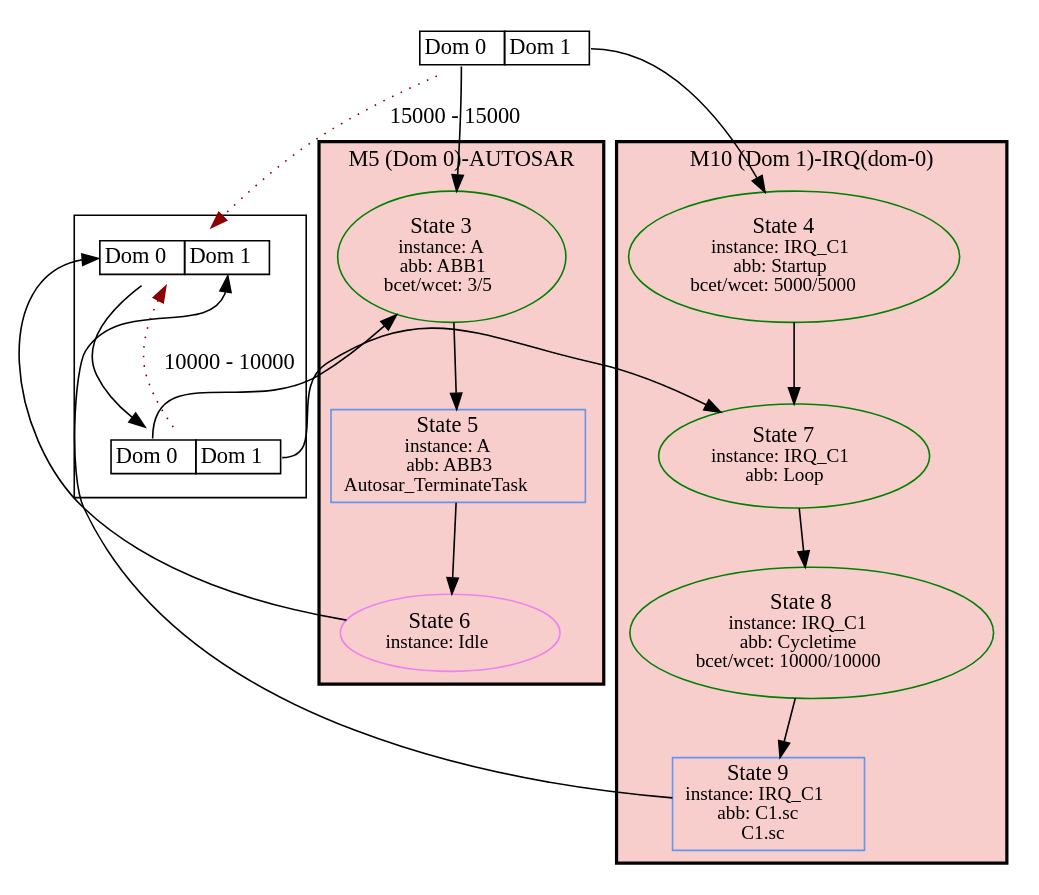
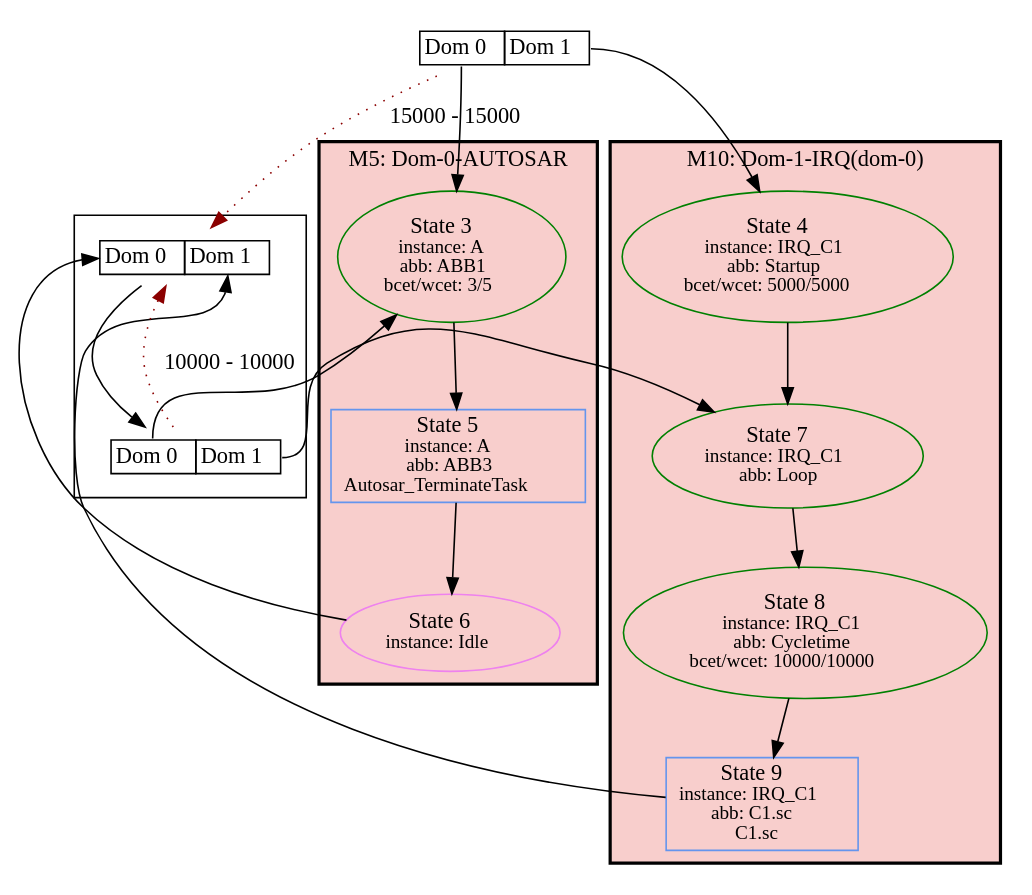
Before and after one commit to luhsra/ara: the diagram in appl/Xen/alarm/HyperSSE.alarm.hstg.dot, drawn with Graphviz. The commit also changed 3 other files, not shown here.

```diff
--- a/appl/Xen/alarm/HyperSSE.alarm.hstg.dot
+++ b/appl/Xen/alarm/HyperSSE.alarm.hstg.dot
@@ -1,40 +1,40 @@
 digraph G {
 label="";
 1 [label=<<TABLE BORDER="0" CELLBORDER="1" CELLSPACING="0"><TR><TD PORT="c0">Dom 0</TD><TD PORT="c1">Dom 1</TD></TR></TABLE>>, shape=plaintext, tooltip=1];
 subgraph cluster_5 {
-label="M5 (Dom 0)-AUTOSAR";
+label="M5: Dom-0-AUTOSAR";
 bgcolor="#F8CECC";
 style=bold;
 2 [fontsize=14, label=<State 3<br/><font point-size='12'>instance: A<br/>abb: ABB1<br/>bcet/wcet: 3/5</font>>, tooltip=2, style=solid, color=green];
 3 [fontsize=14, label=<State 5<br/><font point-size='12'>instance: A<br/>abb: ABB3<br/>Autosar_TerminateTask</font>>, tooltip=3, color=cornflowerblue, shape=box];
 4 [fontsize=14, label=<State 6<br/><font point-size='12'>instance: Idle</font>>, tooltip=4, style=solid, color=violet];
 }
 subgraph cluster_10 {
-label="M10 (Dom 1)-IRQ(dom-0)";
+label="M10: Dom-1-IRQ(dom-0)";
 bgcolor="#F8CECC";
 style=bold;
 8 [fontsize=14, label=<State 8<br/><font point-size='12'>instance: IRQ_C1<br/>abb: Cycletime<br/>bcet/wcet: 10000/10000</font>>, tooltip=8, style=solid, color=green];
 9 [fontsize=14, label=<State 9<br/><font point-size='12'>instance: IRQ_C1<br/>abb: C1.sc<br/>C1.sc</font>>, tooltip=9, color=cornflowerblue, shape=box];
 6 [fontsize=14, label=<State 4<br/><font point-size='12'>instance: IRQ_C1<br/>abb: Startup<br/>bcet/wcet: 5000/5000</font>>, tooltip=6, style=solid, color=green];
 7 [fontsize=14, label=<State 7<br/><font point-size='12'>instance: IRQ_C1<br/>abb: Loop</font>>, tooltip=7, style=solid, color=green];
 }
 subgraph cluster_Metasync11 {
 label="";
 11 [label=<<TABLE BORDER="0" CELLBORDER="1" CELLSPACING="0"><TR><TD PORT="c0">Dom 0</TD><TD PORT="c1">Dom 1</TD></TR></TABLE>>, shape=plaintext, tooltip=11];
 12 [label=<<TABLE BORDER="0" CELLBORDER="1" CELLSPACING="0"><TR><TD PORT="c0">Dom 0</TD><TD PORT="c1">Dom 1</TD></TR></TABLE>>, shape=plaintext, tooltip=12];
 }
 1:c0 -> 2 [color=black];
 1:c1 -> 6 [color=black];
 1 -> 11 [color=darkred, style=dotted, label="15000 - 15000"];
 2 -> 3 [color=black];
 3 -> 4 [color=black];
 4 -> 11:c0 [color=black];
 6 -> 7 [color=black];
 7 -> 8 [color=black];
 8 -> 9 [color=black];
 9 -> 11:c1 [color=black];
 11 -> 12 [color=black];
 12:c1 -> 7 [color=black];
 12:c0 -> 2 [color=black];
 12 -> 11 [color=darkred, style=dotted, label="10000 - 10000"];
 }
```
